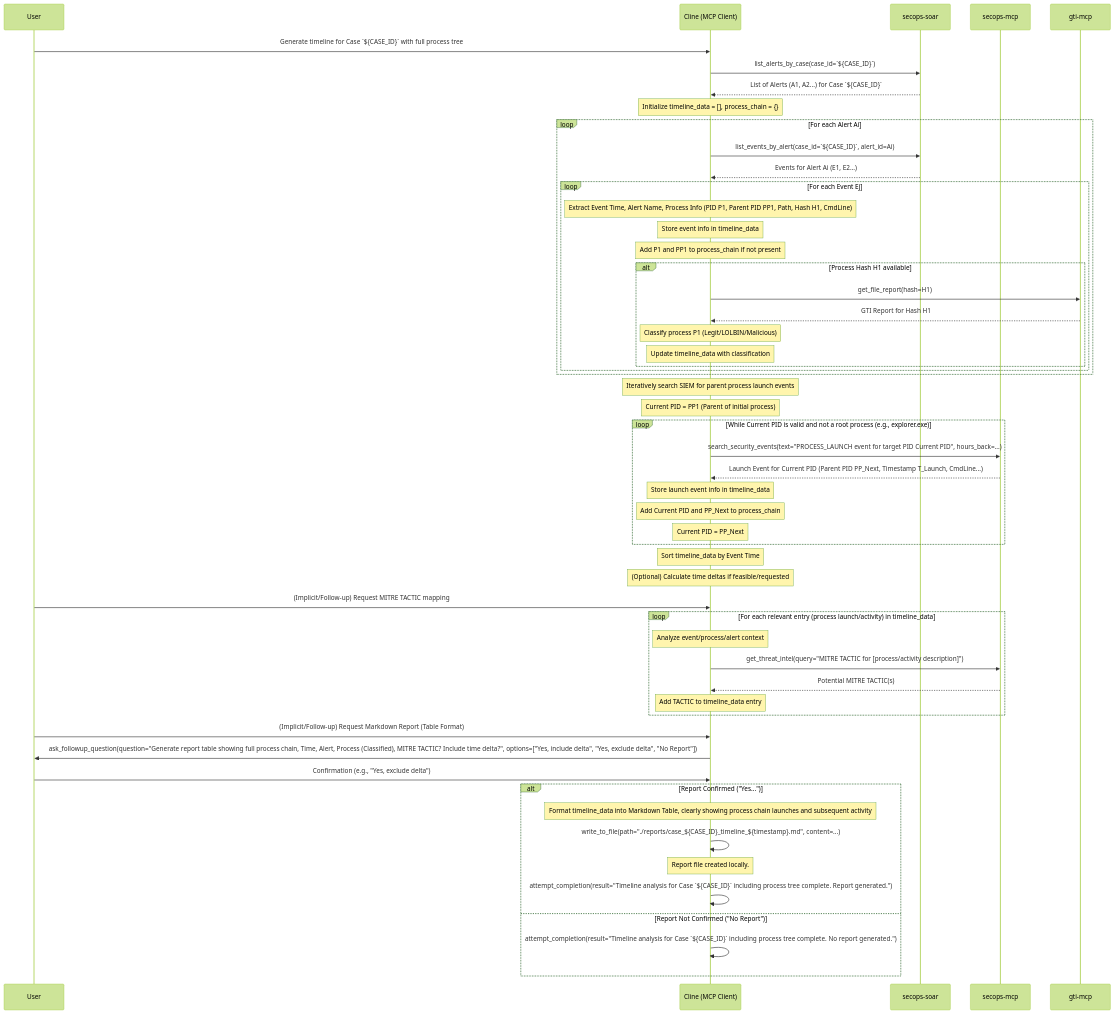
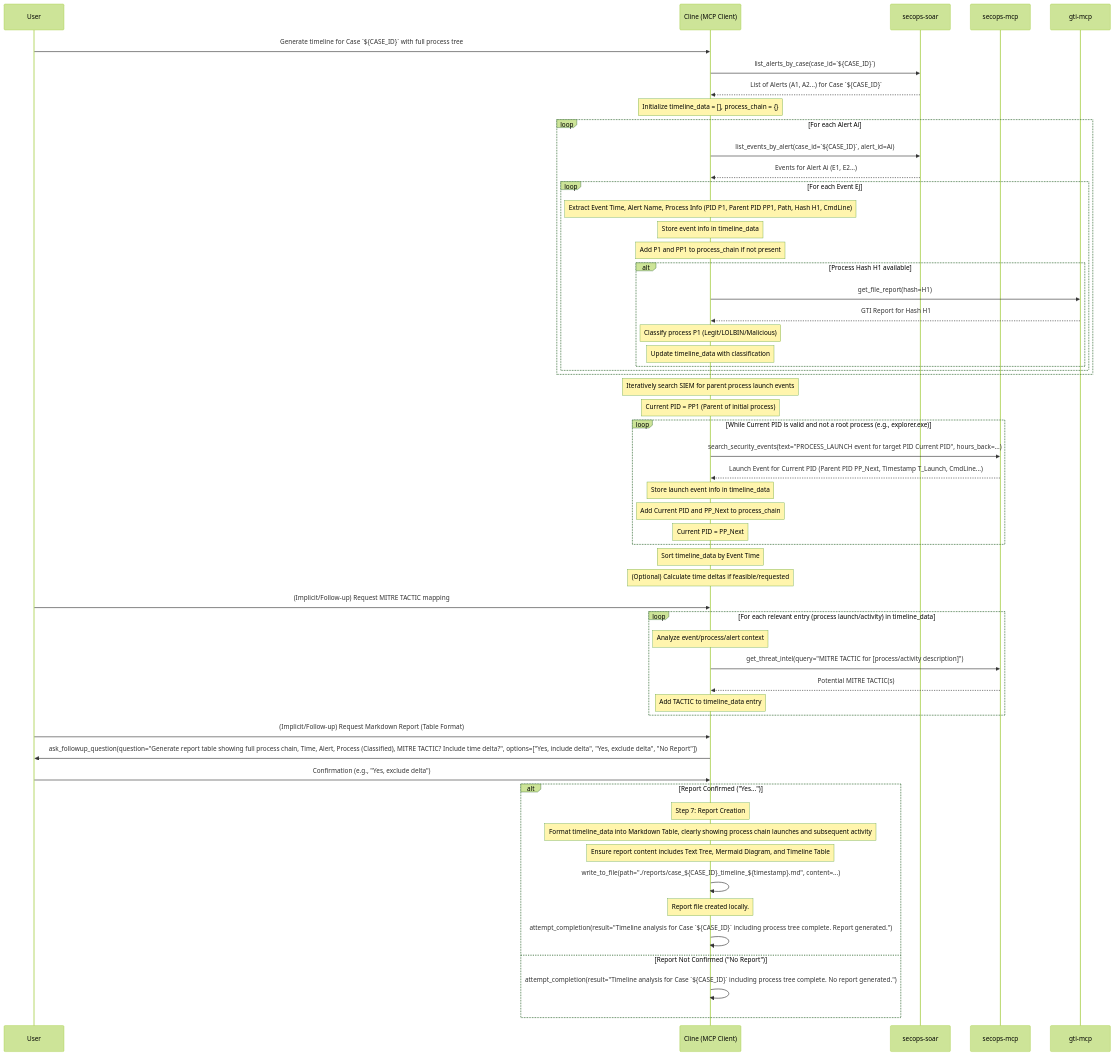
Before and after one commit to google/mcp-security: diagram 12 of 13 in WORKFLOWS.md, drawn with Mermaid (forest theme). The commit also changed other lines of this file, not shown here.

Commit message:
improve process tree instructions pt3

````diff
--- a/WORKFLOWS.md
+++ b/WORKFLOWS.md
@@ -878,64 +919,66 @@
 ```{mermaid}
 sequenceDiagram
     participant User
     participant Cline as Cline (MCP Client)
     participant SOAR as secops-soar
     participant SIEM as secops-mcp
     participant GTI as gti-mcp
 
     User->>Cline: Generate timeline for Case `${CASE_ID}` with full process tree
     Cline->>SOAR: list_alerts_by_case(case_id=`${CASE_ID}`)
     SOAR-->>Cline: List of Alerts (A1, A2...) for Case `${CASE_ID}`
 
     Note over Cline: Initialize timeline_data = [], process_chain = {}
     loop For each Alert Ai
         Cline->>SOAR: list_events_by_alert(case_id=`${CASE_ID}`, alert_id=Ai)
         SOAR-->>Cline: Events for Alert Ai (E1, E2...)
         loop For each Event Ej
             Note over Cline: Extract Event Time, Alert Name, Process Info (PID P1, Parent PID PP1, Path, Hash H1, CmdLine)
             Note over Cline: Store event info in timeline_data
             Note over Cline: Add P1 and PP1 to process_chain if not present
             alt Process Hash H1 available
                 Cline->>GTI: get_file_report(hash=H1)
                 GTI-->>Cline: GTI Report for Hash H1
                 Note over Cline: Classify process P1 (Legit/LOLBIN/Malicious)
                 Note over Cline: Update timeline_data with classification
             end
         end
     end
 
     Note over Cline: Iteratively search SIEM for parent process launch events
     Note over Cline: Current PID = PP1 (Parent of initial process)
     loop While Current PID is valid and not a root process (e.g., explorer.exe)
         Cline->>SIEM: search_security_events(text="PROCESS_LAUNCH event for target PID Current PID", hours_back=...)
         SIEM-->>Cline: Launch Event for Current PID (Parent PID PP_Next, Timestamp T_Launch, CmdLine...)
         Note over Cline: Store launch event info in timeline_data
         Note over Cline: Add Current PID and PP_Next to process_chain
         Note over Cline: Current PID = PP_Next
     end
 
     Note over Cline: Sort timeline_data by Event Time
     Note over Cline: (Optional) Calculate time deltas if feasible/requested
 
     User->>Cline: (Implicit/Follow-up) Request MITRE TACTIC mapping
     loop For each relevant entry (process launch/activity) in timeline_data
         Note over Cline: Analyze event/process/alert context
         Cline->>SIEM: get_threat_intel(query="MITRE TACTIC for [process/activity description]")
         SIEM-->>Cline: Potential MITRE TACTIC(s)
         Note over Cline: Add TACTIC to timeline_data entry
     end
 
     User->>Cline: (Implicit/Follow-up) Request Markdown Report (Table Format)
     Cline->>User: ask_followup_question(question="Generate report table showing full process chain, Time, Alert, Process (Classified), MITRE TACTIC? Include time delta?", options=["Yes, include delta", "Yes, exclude delta", "No Report"])
     User->>Cline: Confirmation (e.g., "Yes, exclude delta")
 
     alt Report Confirmed ("Yes...")
+        Note over Cline: Step 7: Report Creation
         Note over Cline: Format timeline_data into Markdown Table, clearly showing process chain launches and subsequent activity
+        Note over Cline: Ensure report content includes Text Tree, Mermaid Diagram, and Timeline Table
         Cline->>Cline: write_to_file(path="./reports/case_${CASE_ID}_timeline_${timestamp}.md", content=...)
         Note over Cline: Report file created locally.
         Cline->>Cline: attempt_completion(result="Timeline analysis for Case `${CASE_ID}` including process tree complete. Report generated.")
     else Report Not Confirmed ("No Report")
         Cline->>Cline: attempt_completion(result="Timeline analysis for Case `${CASE_ID}` including process tree complete. No report generated.")
     end
 
 ```
````
